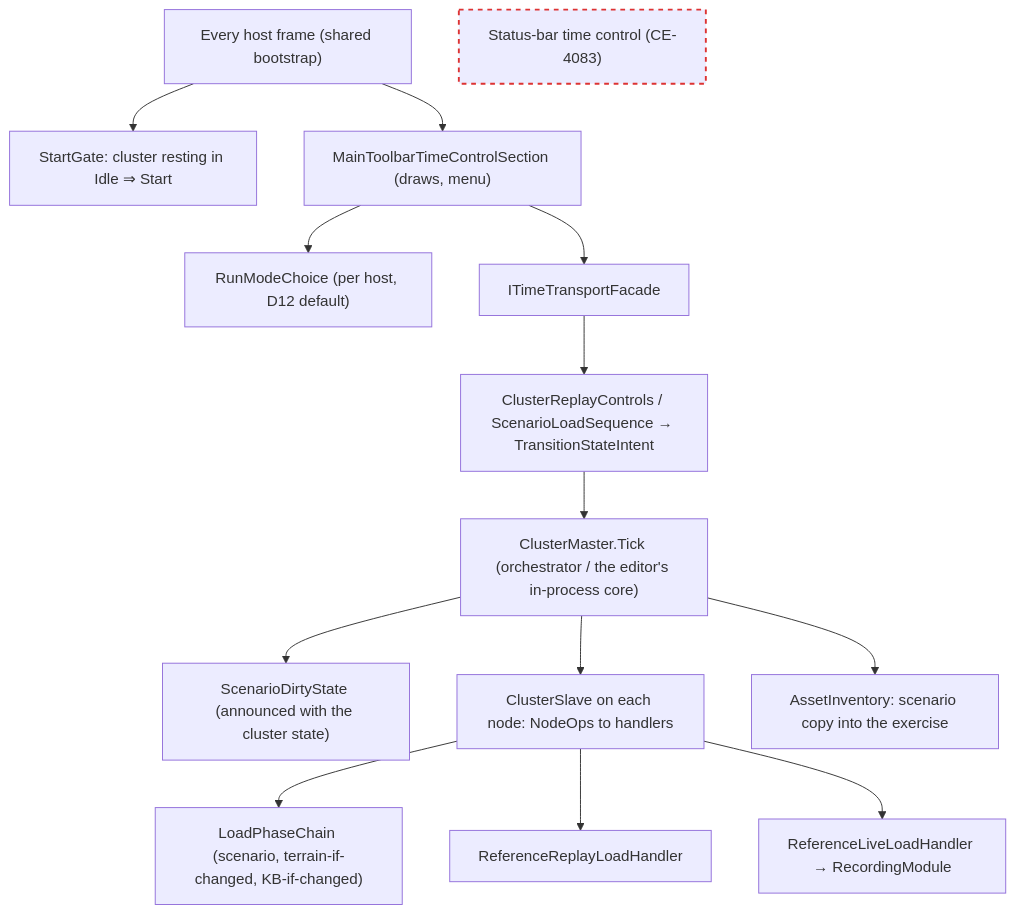
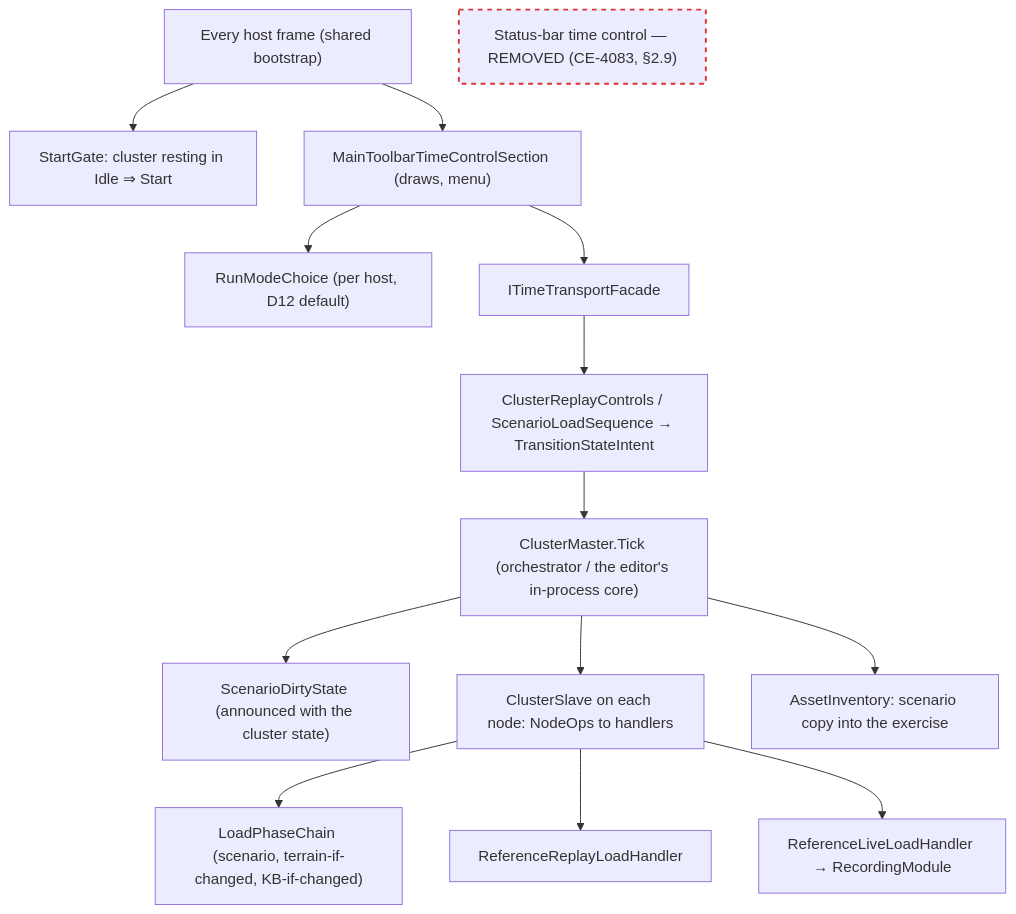
Before and after one commit to pjanec/HROT: the fifth of 13 diagrams in docs/blueprints/Architect_Question_108_Run_Mode_Picker.md, drawn with Mermaid. The commit also changed other lines of this file and 12 other files, not shown here.

First line of the commit message:
CE-4083: remove the status-bar time control (AQ108 D13); SimHost gains the toolbar transport

````diff
--- a/docs/blueprints/Architect_Question_108_Run_Mode_Picker.md
+++ b/docs/blueprints/Architect_Question_108_Run_Mode_Picker.md
@@ -228,17 +228,17 @@
 ```mermaid
 graph TD
   ED["Every host frame (shared bootstrap)"] --> SG["StartGate: cluster resting in Idle ⇒ Start"]
   ED --> TB["MainToolbarTimeControlSection (draws, menu)"]
   TB --> RC["RunModeChoice (per host, D12 default)"]
   TB --> FAC["ITimeTransportFacade"]
   FAC --> CRC["ClusterReplayControls / ScenarioLoadSequence → TransitionStateIntent"]
   CRC --> ORC["ClusterMaster.Tick (orchestrator / the editor's in-process core)"]
   ORC --> DS["ScenarioDirtyState (announced with the cluster state)"]
   ORC --> SLV["ClusterSlave on each node: NodeOps to handlers"]
   SLV --> LPC["LoadPhaseChain (scenario, terrain-if-changed, KB-if-changed)"]
   SLV --> RLH["ReferenceReplayLoadHandler"]
   SLV --> LLH["ReferenceLiveLoadHandler → RecordingModule"]
   ORC --> GW["AssetInventory: scenario copy into the exercise"]
-  SB["Status-bar time control (CE-4083)"]:::dead
+  SB["Status-bar time control — REMOVED (CE-4083, §2.9)"]:::dead
   classDef dead stroke:#d33,stroke-width:2px,stroke-dasharray: 5 5
 ```
````
